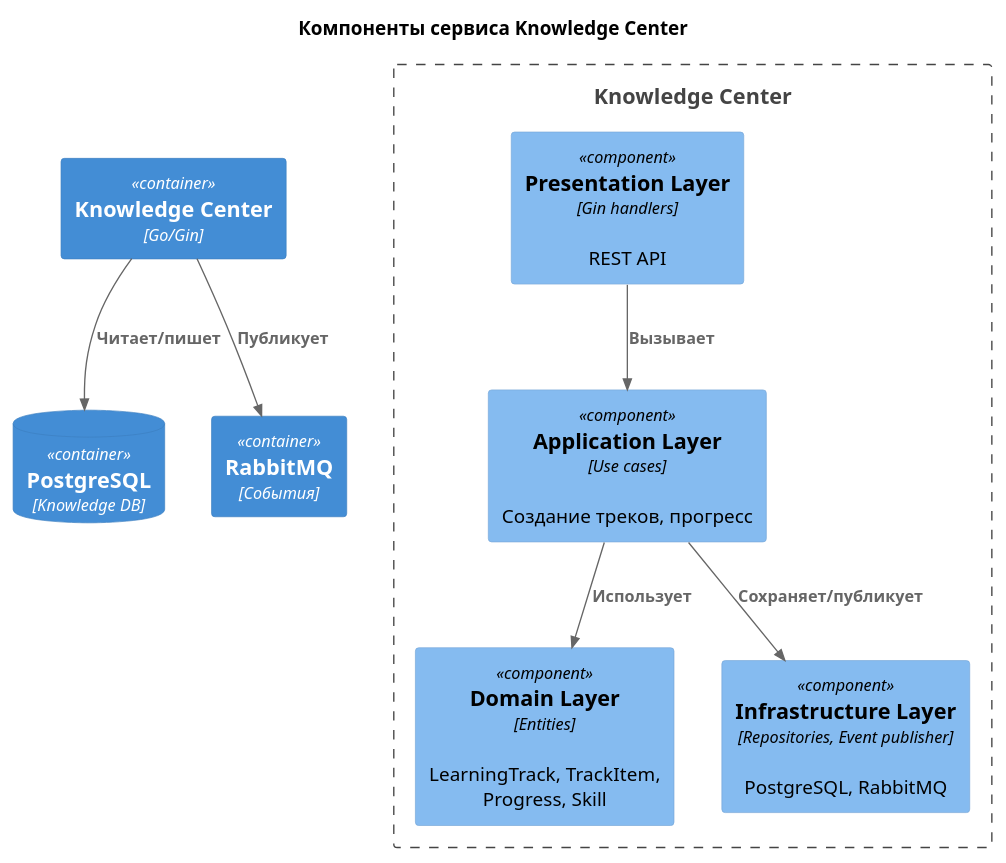
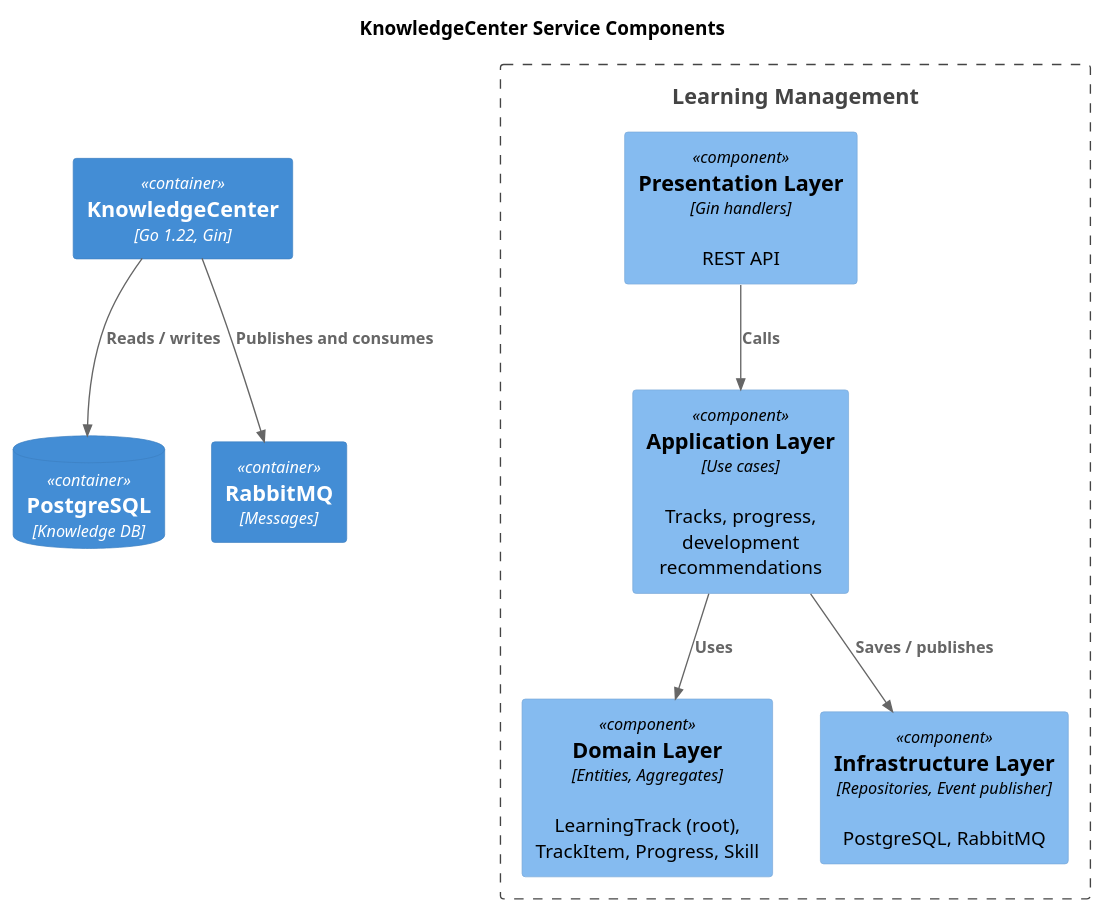
The diagram in docs/c4/components-knowledge-center.puml (AIJobResearcher/docs), drawn with PlantUML before and after one commit. The commit also changed 61 other files, not shown here.

```diff
--- a/docs/c4/components-knowledge-center.puml
+++ b/docs/c4/components-knowledge-center.puml
@@ -1,25 +1,25 @@
 @startuml
 !include https://raw.githubusercontent.com/plantuml-stdlib/C4-PlantUML/master/C4_Component.puml
 
-title Компоненты сервиса Knowledge Center
+title KnowledgeCenter Service Components
 
-Container(knowledge, "Knowledge Center", "Go/Gin")
+Container(knowledge, "KnowledgeCenter", "Go 1.22, Gin")
 
-Boundary(knowledge_boundary, "Knowledge Center") {
+Boundary(knowledge_boundary, "Learning Management") {
     Component(presentation, "Presentation Layer", "Gin handlers", "REST API")
-    Component(application, "Application Layer", "Use cases", "Создание треков, прогресс")
-    Component(domain, "Domain Layer", "Entities", "LearningTrack, TrackItem, Progress, Skill")
+    Component(application, "Application Layer", "Use cases", "Tracks, progress, development recommendations")
+    Component(domain, "Domain Layer", "Entities, Aggregates", "LearningTrack (root), TrackItem, Progress, Skill")
     Component(infrastructure, "Infrastructure Layer", "Repositories, Event publisher", "PostgreSQL, RabbitMQ")
 
-    Rel(presentation, application, "Вызывает")
-    Rel(application, domain, "Использует")
-    Rel(application, infrastructure, "Сохраняет/публикует")
+    Rel(presentation, application, "Calls")
+    Rel(application, domain, "Uses")
+    Rel(application, infrastructure, "Saves / publishes")
 }
 
 ContainerDb(postgres, "PostgreSQL", "Knowledge DB")
-Container(rabbitmq, "RabbitMQ", "События")
+Container(rabbitmq, "RabbitMQ", "Messages")
 
-Rel(knowledge, postgres, "Читает/пишет")
-Rel(knowledge, rabbitmq, "Публикует")
+Rel(knowledge, postgres, "Reads / writes")
+Rel(knowledge, rabbitmq, "Publishes and consumes")
 
 @enduml
```
